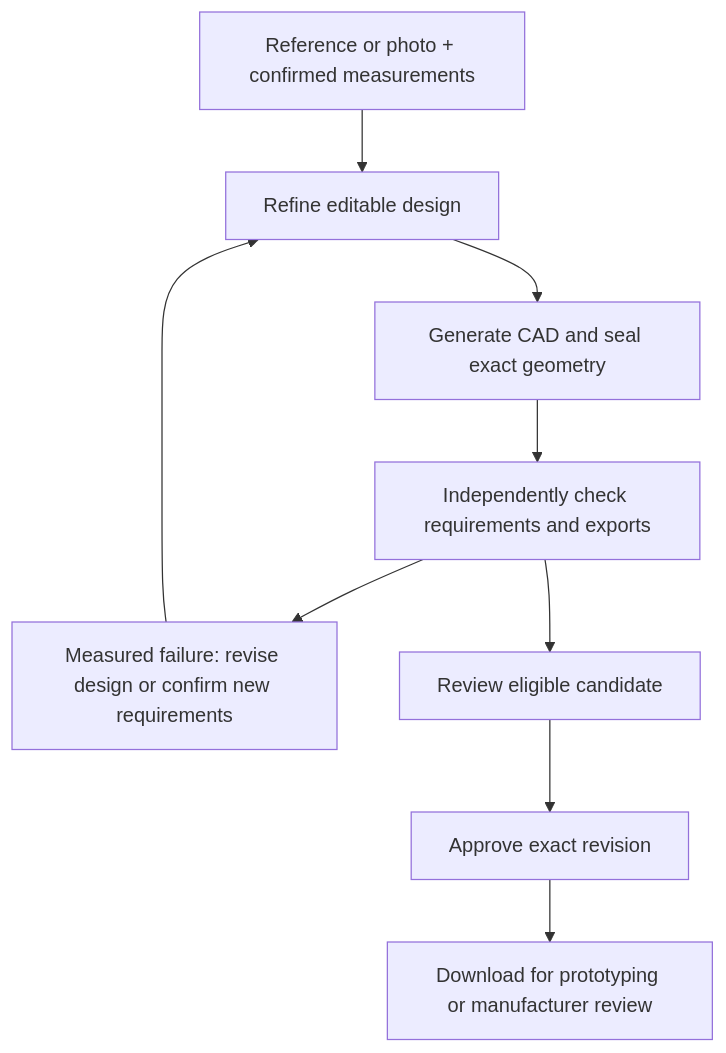
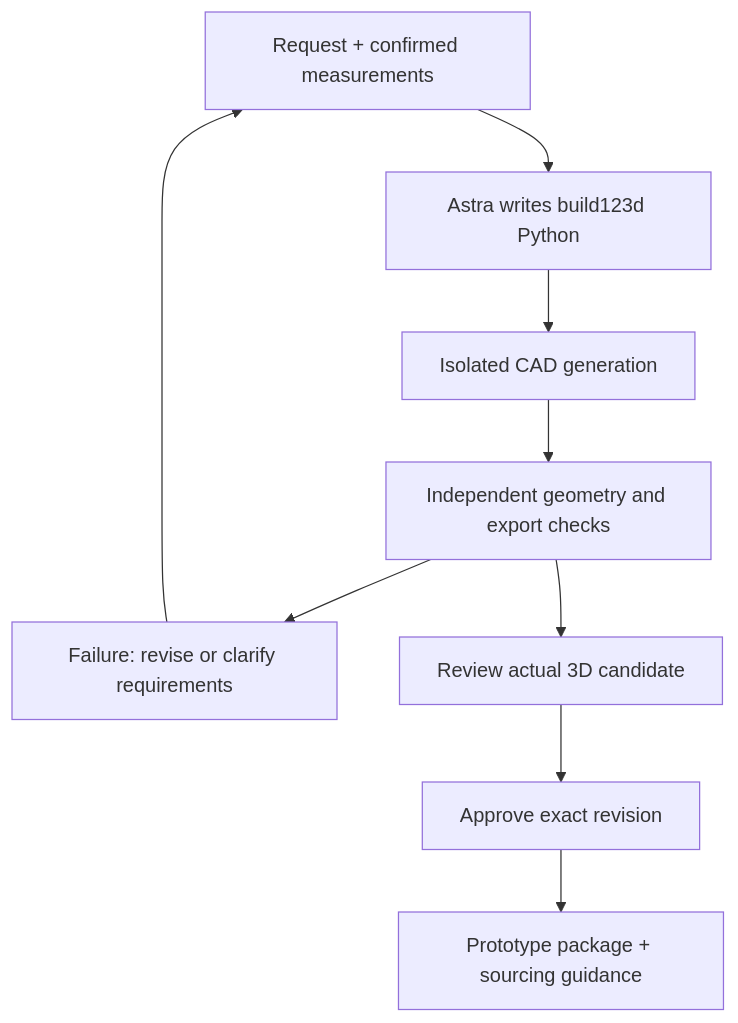
One commit to benikigai/worldkinetic changed the diagram in README.md. Above: the diagram before and after it, drawn with Mermaid. The commit also changed other lines of this file and 1 other file, not shown here.

Commit message:
Update README for saved demo and prototype handoff

````diff
--- a/README.md
+++ b/README.md
@@ -43,11 +41,11 @@
 ```mermaid
 flowchart TB
-    R["Reference or photo + confirmed measurements"] --> D["Refine editable design"]
-    D --> C["Generate CAD and seal exact geometry"]
-    C --> V["Independently check requirements and exports"]
-    V --> F["Measured failure: revise design or confirm new requirements"]
-    F --> D
-    V --> U["Review eligible candidate"]
+    R["Request + confirmed measurements"] --> G["Astra writes build123d Python"]
+    G --> C["Isolated CAD generation"]
+    C --> V["Independent geometry and export checks"]
+    V --> F["Failure: revise or clarify requirements"]
+    F --> R
+    V --> U["Review actual 3D candidate"]
     U --> A["Approve exact revision"]
-    A --> E["Download for prototyping or manufacturer review"]
+    A --> P["Prototype package + sourcing guidance"]
 ```
````
